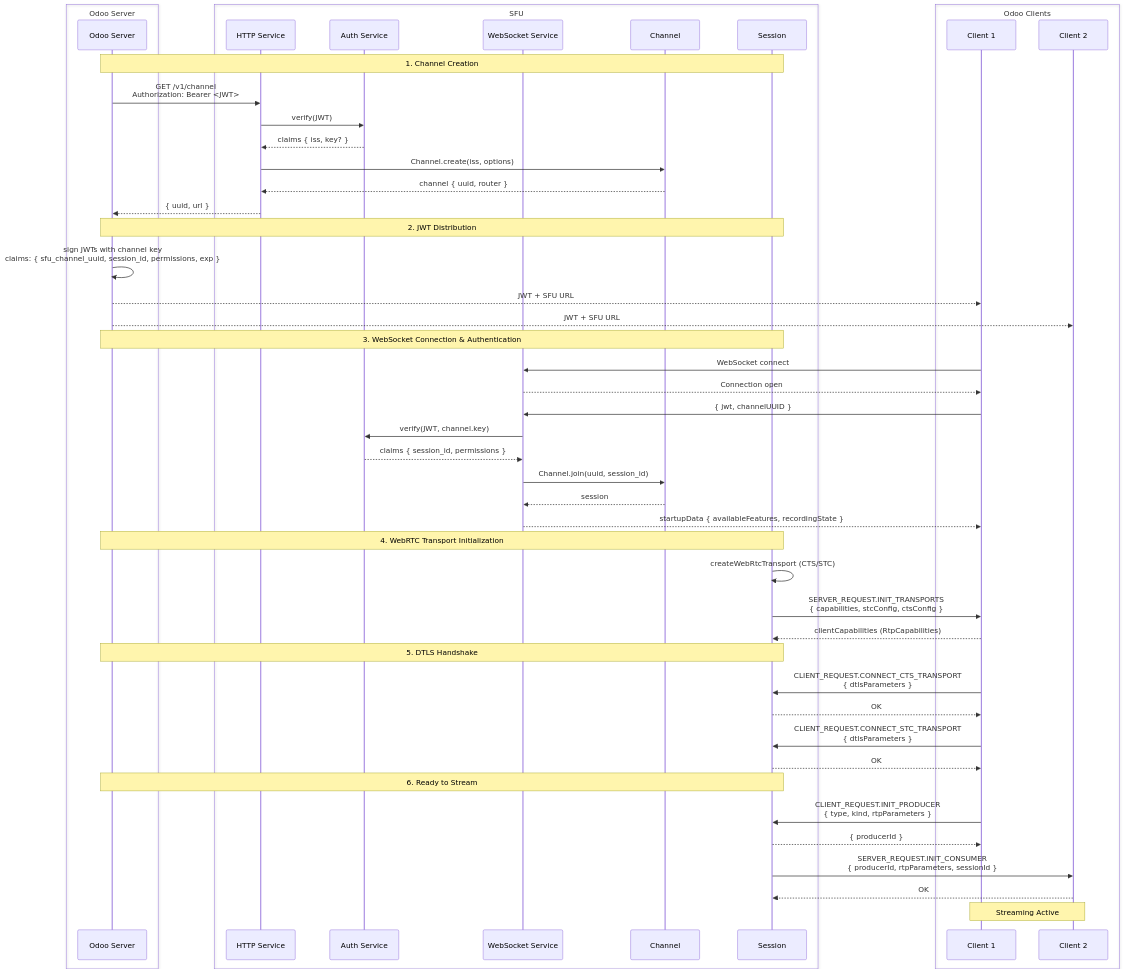
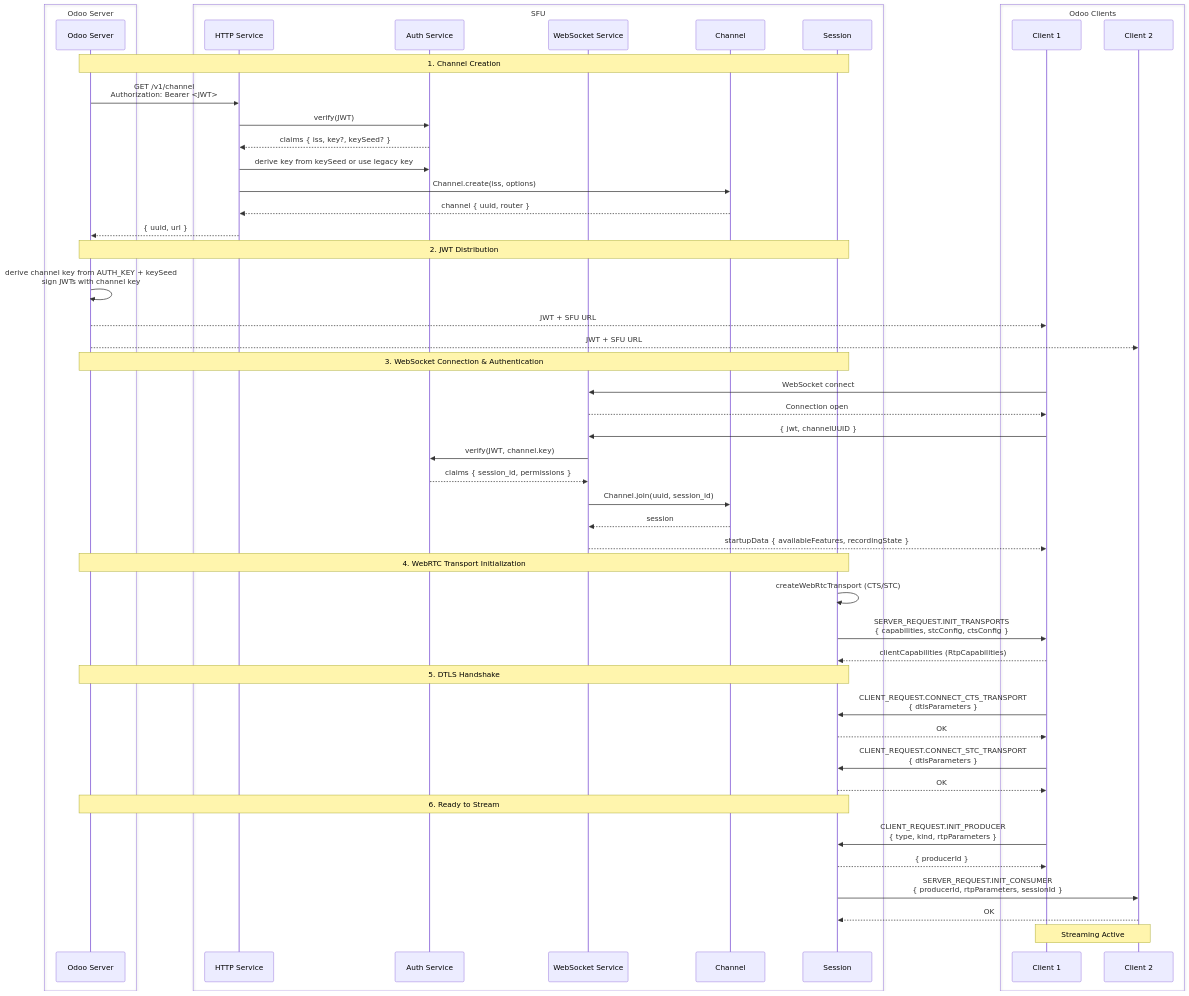
One commit to odoo/sfu changed the diagram in doc/network_flow.md. Above: the diagram before and after it, drawn with Mermaid. The commit also changed other lines of this file and 10 other files, not shown here.

````diff
--- a/doc/network_flow.md
+++ b/doc/network_flow.md
@@ -3,59 +3,60 @@
 ```mermaid
 sequenceDiagram
     box Odoo Server
         participant OS as Odoo Server
     end
     box SFU
         participant HTTP as HTTP Service
         participant Auth as Auth Service
         participant WS as WebSocket Service
         participant Ch as Channel
         participant Sess as Session
     end
     box Odoo Clients
         participant C1 as Client 1
         participant C2 as Client 2
     end
 
     Note over OS,Sess: 1. Channel Creation
     OS->>HTTP: GET /v1/channel<br>Authorization: Bearer <JWT>
     HTTP->>Auth: verify(JWT)
-    Auth-->>HTTP: claims { iss, key? }
+    Auth-->>HTTP: claims { iss, key?, keySeed? }
+    HTTP->>Auth: derive key from keySeed or use legacy key
     HTTP->>Ch: Channel.create(iss, options)
     Ch-->>HTTP: channel { uuid, router }
     HTTP-->>OS: { uuid, url }
 
     Note over OS,Sess: 2. JWT Distribution
-    OS->>OS: sign JWTs with channel key<br>claims: { sfu_channel_uuid, session_id, permissions, exp }
+    OS->>OS: derive channel key from AUTH_KEY + keySeed<br>sign JWTs with channel key
     OS-->>C1: JWT + SFU URL
     OS-->>C2: JWT + SFU URL
 
     Note over OS,Sess: 3. WebSocket Connection & Authentication
     C1->>WS: WebSocket connect
     WS-->>C1: Connection open
     C1->>WS: { jwt, channelUUID }
     WS->>Auth: verify(JWT, channel.key)
     Auth-->>WS: claims { session_id, permissions }
     WS->>Ch: Channel.join(uuid, session_id)
     Ch-->>WS: session
     WS-->>C1: startupData { availableFeatures, recordingState }
 
     Note over OS,Sess: 4. WebRTC Transport Initialization
     Sess->>Sess: createWebRtcTransport (CTS/STC)
     Sess->>C1: SERVER_REQUEST.INIT_TRANSPORTS<br>{ capabilities, stcConfig, ctsConfig }
     C1-->>Sess: clientCapabilities (RtpCapabilities)
 
     Note over OS,Sess: 5. DTLS Handshake
     C1->>Sess: CLIENT_REQUEST.CONNECT_CTS_TRANSPORT<br>{ dtlsParameters }
     Sess-->>C1: OK
     C1->>Sess: CLIENT_REQUEST.CONNECT_STC_TRANSPORT<br>{ dtlsParameters }
     Sess-->>C1: OK
 
     Note over OS,Sess: 6. Ready to Stream
     C1->>Sess: CLIENT_REQUEST.INIT_PRODUCER<br>{ type, kind, rtpParameters }
     Sess-->>C1: { producerId }
     Sess->>C2: SERVER_REQUEST.INIT_CONSUMER<br>{ producerId, rtpParameters, sessionId }
     C2-->>Sess: OK
 
     Note over C1,C2: Streaming Active
 ```
````
